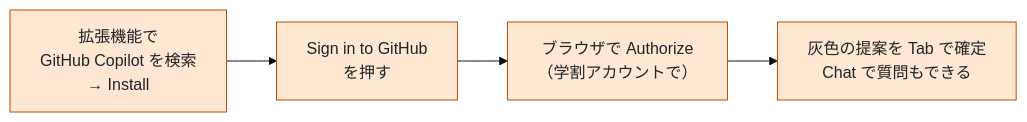
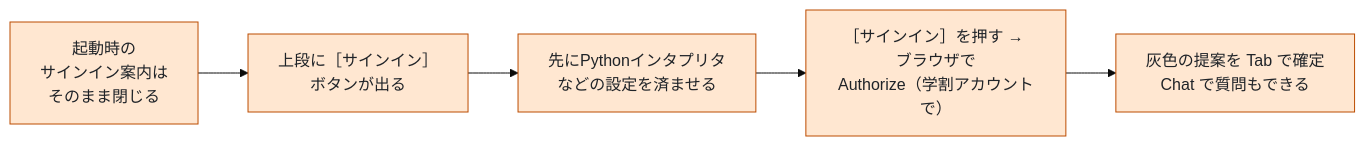
The fifth of 5 diagrams in GitHub設定ガイド（学生・教師用）.md (kawaba/Autosetup-Vscode-python-book), drawn with Mermaid (base theme) before and after one commit. The commit also changed other lines of this file and 3 other files, not shown here.

````diff
--- a/GitHub設定ガイド（学生・教師用）.md
+++ b/GitHub設定ガイド（学生・教師用）.md
@@ -234,8 +236,9 @@
 ```mermaid
 flowchart LR
-    C1["拡張機能で<br/>GitHub Copilot を検索<br/>→ Install"] --> C2["Sign in to GitHub<br/>を押す"]
-    C2 --> C3["ブラウザで Authorize<br/>（学割アカウントで）"]
-    C3 --> C4["灰色の提案を Tab で確定<br/>Chat で質問もできる"]
+    C1["起動時の<br/>サインイン案内は<br/>そのまま閉じる"] --> C2["上段に［サインイン］<br/>ボタンが出る"]
+    C2 --> C3["先にPythonインタプリタ<br/>などの設定を済ませる"]
+    C3 --> C4["［サインイン］を押す → ブラウザで<br/>Authorize（学割アカウントで）"]
+    C4 --> C5["灰色の提案を Tab で確定<br/>Chat で質問もできる"]
     classDef d fill:#ffe7d1,stroke:#bc4c00,color:#1f2328;
-    class C1,C2,C3,C4 d;
+    class C1,C2,C3,C4,C5 d;
 ```
````
